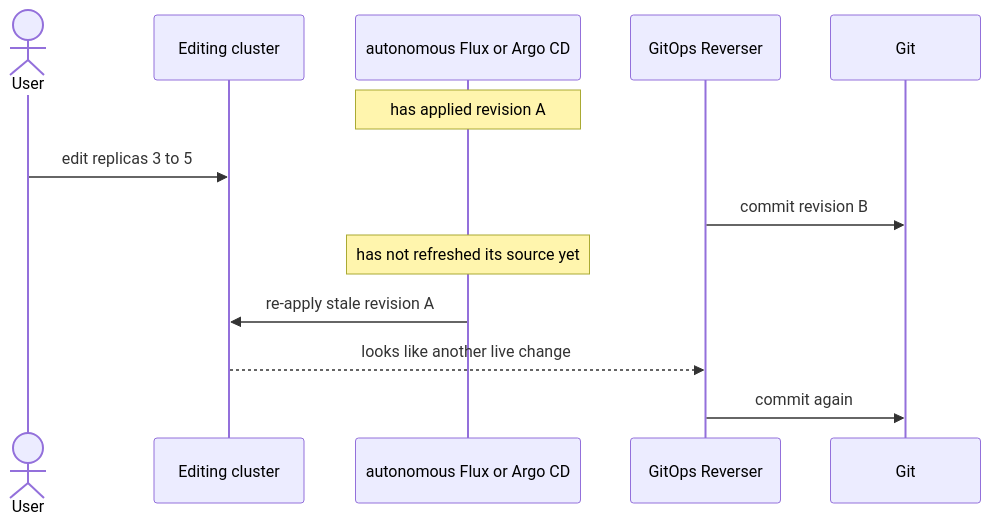
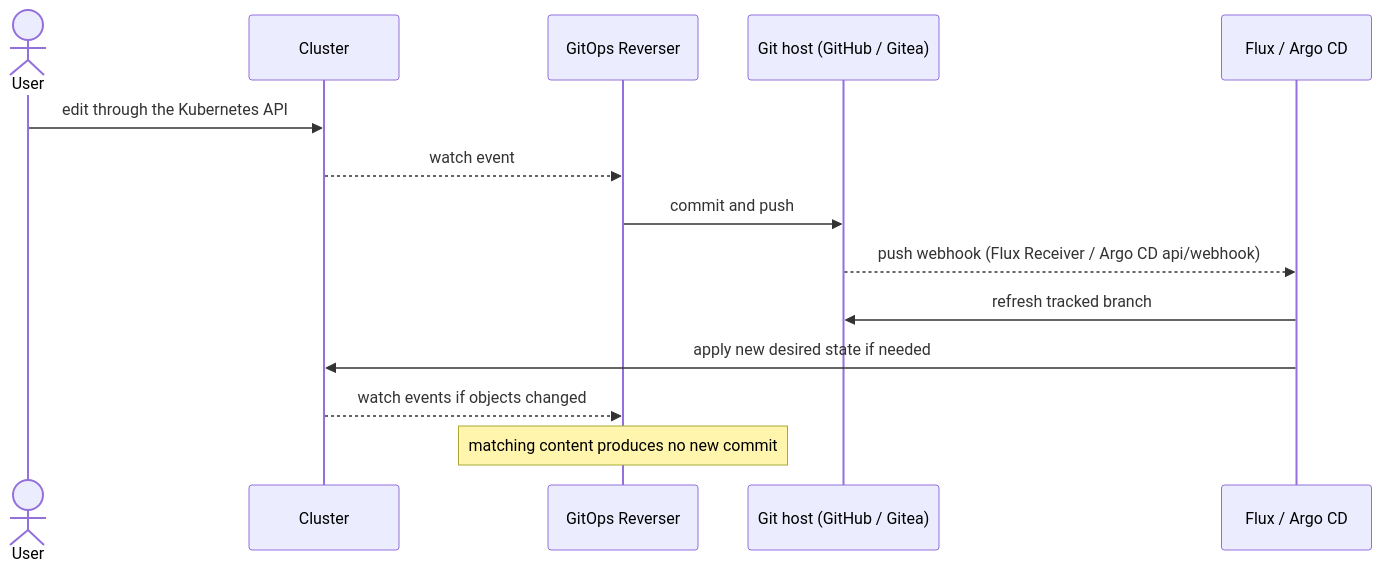
One commit to ConfigButler/gitops-reverser changed the first of 2 diagrams in docs/bi-directional.md. Above: the diagram before and after it, drawn with Mermaid. The commit also changed other lines of this file and 4 other files, not shown here.

````diff
--- a/docs/bi-directional.md
+++ b/docs/bi-directional.md
@@ -43,16 +38,17 @@
 ```mermaid
 sequenceDiagram
     actor User
-    participant K8s as Editing cluster
-    participant Recon as autonomous Flux or Argo CD
+    participant K8s as Cluster
     participant Rev as GitOps Reverser
-    participant Git
+    participant Git as Git host (GitHub / Gitea)
+    participant Recon as Flux / Argo CD
 
-    Note over Recon: has applied revision A
-    User->>K8s: edit replicas 3 to 5
-    Rev->>Git: commit revision B
-    Note over Recon: has not refreshed its source yet
-    Recon->>K8s: re-apply stale revision A
-    K8s-->>Rev: looks like another live change
-    Rev->>Git: commit again
+    User->>K8s: edit through the Kubernetes API
+    K8s-->>Rev: watch event
+    Rev->>Git: commit and push
+    Git-->>Recon: push webhook (Flux Receiver / Argo CD api/webhook)
+    Recon->>Git: refresh tracked branch
+    Recon->>K8s: apply new desired state if needed
+    K8s-->>Rev: watch events if objects changed
+    Note over Rev: matching content produces no new commit
 ```
````
